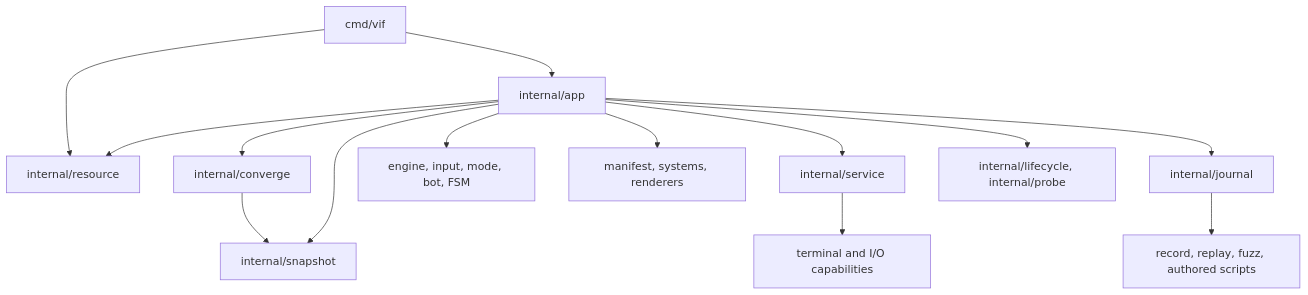
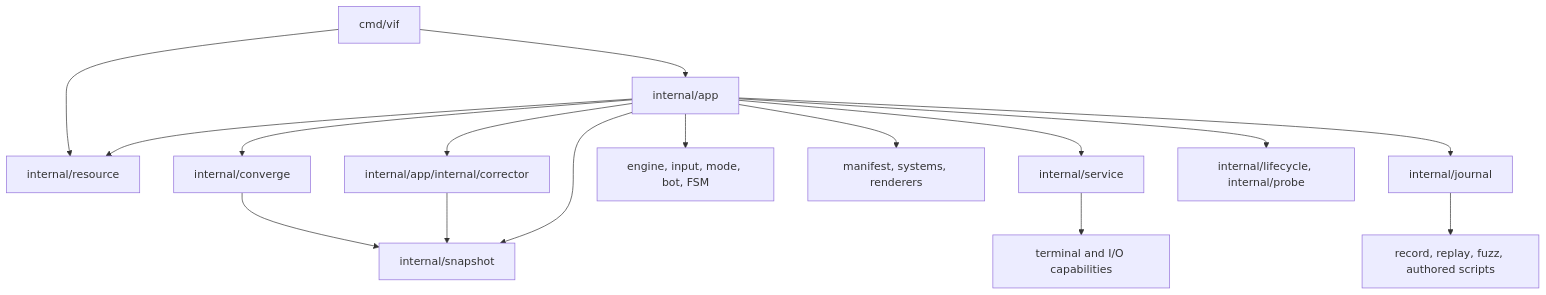
Before and after one commit to lixenwraith/vif: the first of 4 diagrams in doc/package-map.md, drawn with Mermaid. The commit also changed other lines of this file and 25 other files, not shown here.

````diff
--- a/doc/package-map.md
+++ b/doc/package-map.md
@@ -9,16 +9,18 @@
 ```mermaid
 flowchart TD
     Vif["cmd/vif"] --> App["internal/app"]
     Vif --> Resource["internal/resource"]
     App --> Resource
     App --> Converge["internal/converge"]
+    App --> Corrector["internal/app/internal/corrector"]
     Converge --> Snapshot["internal/snapshot"]
+    Corrector --> Snapshot
     App --> Snapshot
     App --> Services["internal/service"]
     App --> Runtime["engine, input, mode, bot, FSM"]
     App --> Assembly["manifest, systems, renderers"]
     App --> Journal["internal/journal"]
     App --> Supervised["internal/lifecycle, internal/probe"]
     Journal --> Streams["record, replay, fuzz, authored scripts"]
     Services --> External["terminal and I/O capabilities"]
 ```
````
